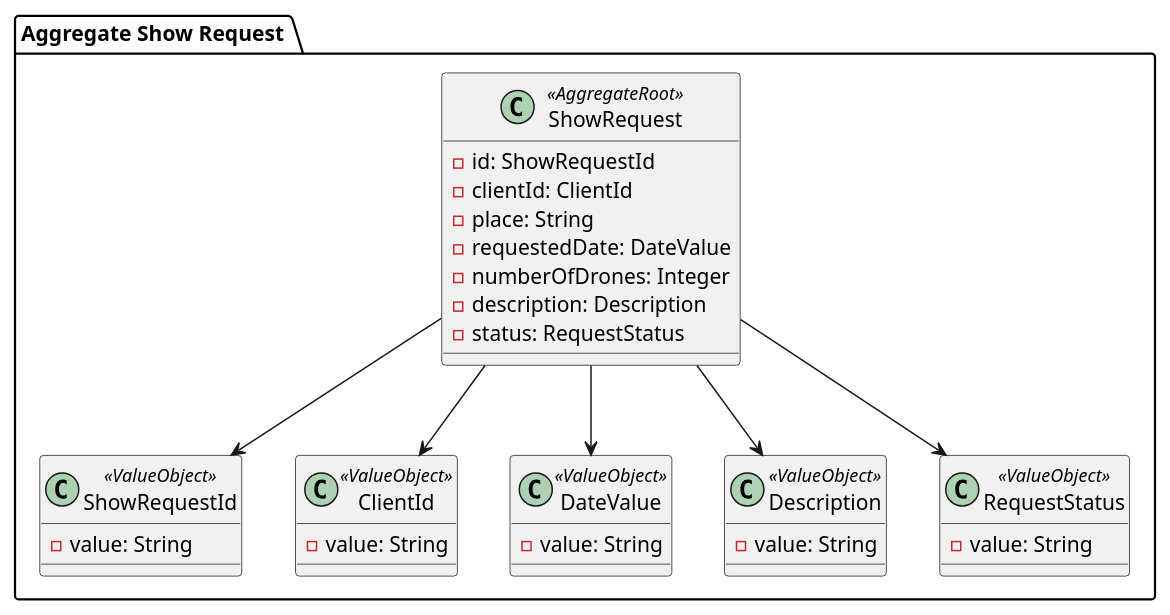
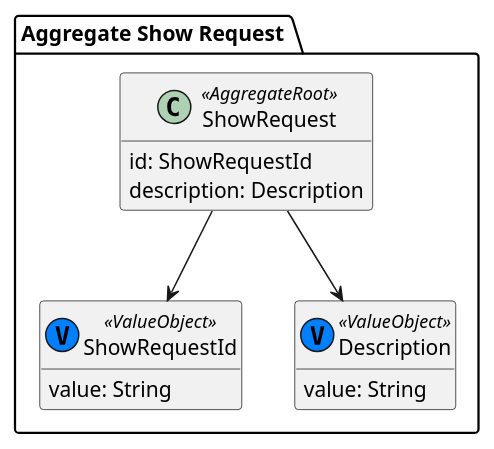
Before and after one commit to HenriqueSilva18/Drone-Show-Management-System: the diagram in docs/us_110/subDomains/domains/aggregate_show_request.puml, drawn with PlantUML. The commit also changed 7 other files, not shown here.

```diff
--- a/docs/us_110/subDomains/domains/aggregate_show_request.puml
+++ b/docs/us_110/subDomains/domains/aggregate_show_request.puml
@@ -1,43 +1,25 @@
 @startuml
+hide methods
+
 package "Aggregate Show Request " {
 
     ' Agregado ShowRequest (Aggregate Root)
     class ShowRequest <<AggregateRoot>> {
-        - id: ShowRequestId
-        - clientId: ClientId
-        - place: String
-        - requestedDate: DateValue
-        - numberOfDrones: Integer
-        - description: Description
-        - status: RequestStatus
+        id: ShowRequestId
+        description: Description
     }
 
     ' Value Objects associados
-    class ShowRequestId <<ValueObject>> {
-        - value: String
+    class ShowRequestId <<(V, #007fff) ValueObject>> {
+        value: String
     }
 
-    class ClientId <<ValueObject>> {
-        - value: String
-    }
-
-    class DateValue <<ValueObject>> {
-        - value: String
-    }
-
-    class Description <<ValueObject>> {
-        - value: String
-    }
-
-    class RequestStatus <<ValueObject>> {
-        - value: String
+    class Description <<(V, #007fff) ValueObject>> {
+        value: String
     }
 
     ' Ligações
     ShowRequest --> ShowRequestId
-    ShowRequest --> ClientId
-    ShowRequest --> DateValue
     ShowRequest --> Description
-    ShowRequest --> RequestStatus
 }
 @enduml
```
